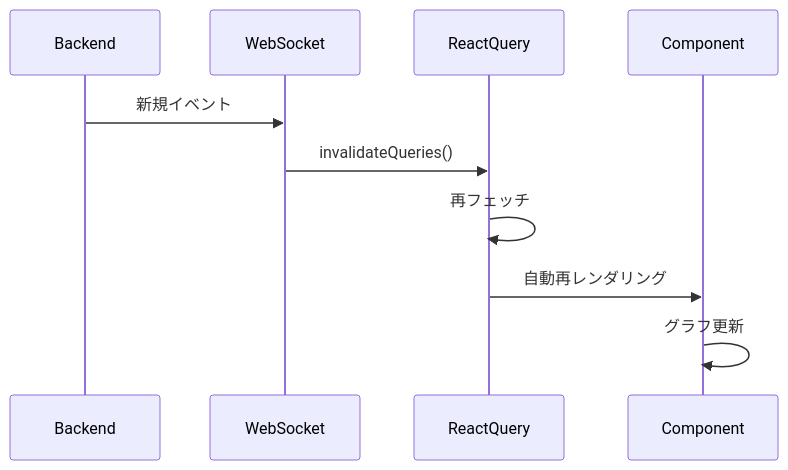
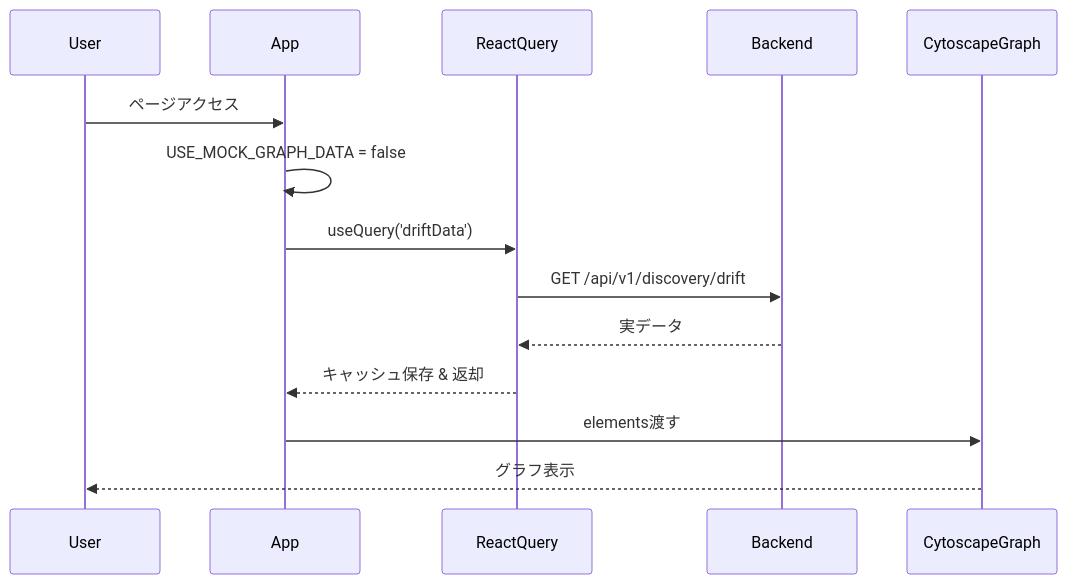
One commit to higakikeita/tfdrift-falco changed the second of 3 diagrams in ui/docs/ARCHITECTURE.md. Above: the diagram before and after it, drawn with Mermaid. The commit also changed other lines of this file and 2 other files, not shown here.

````diff
--- a/ui/docs/ARCHITECTURE.md
+++ b/ui/docs/ARCHITECTURE.md
@@ -153,13 +250,16 @@
 ```mermaid
 sequenceDiagram
+    participant User
+    participant App
+    participant ReactQuery
     participant Backend
-    participant WebSocket
-    participant ReactQuery
-    participant Component
 
-    Backend->>WebSocket: 新規イベント
-    WebSocket->>ReactQuery: invalidateQueries()
-    ReactQuery->>ReactQuery: 再フェッチ
-    ReactQuery->>Component: 自動再レンダリング
-    Component->>Component: グラフ更新
+    User->>App: ページアクセス
+    App->>App: USE_MOCK_GRAPH_DATA = false
+    App->>ReactQuery: useQuery('driftData')
+    ReactQuery->>Backend: GET /api/v1/discovery/drift
+    Backend-->>ReactQuery: 実データ
+    ReactQuery-->>App: キャッシュ保存 & 返却
+    App->>CytoscapeGraph: elements渡す
+    CytoscapeGraph-->>User: グラフ表示
 ```
````
